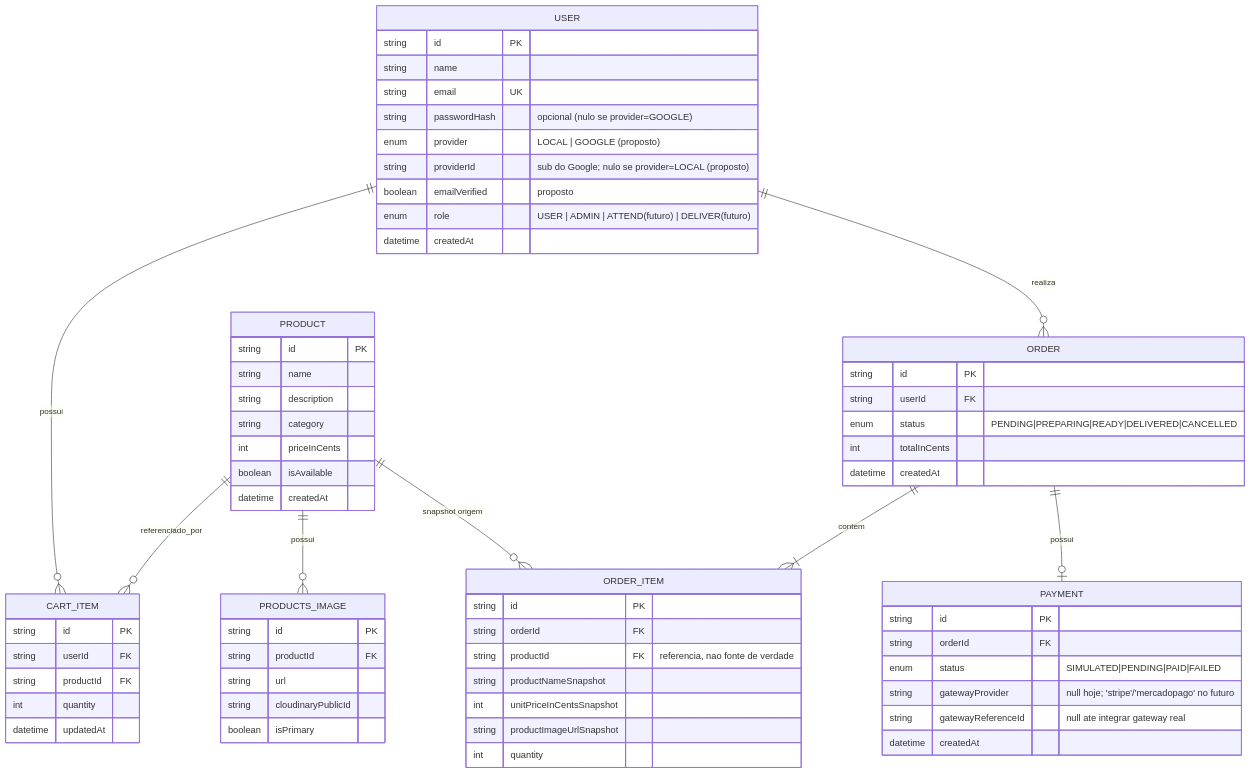
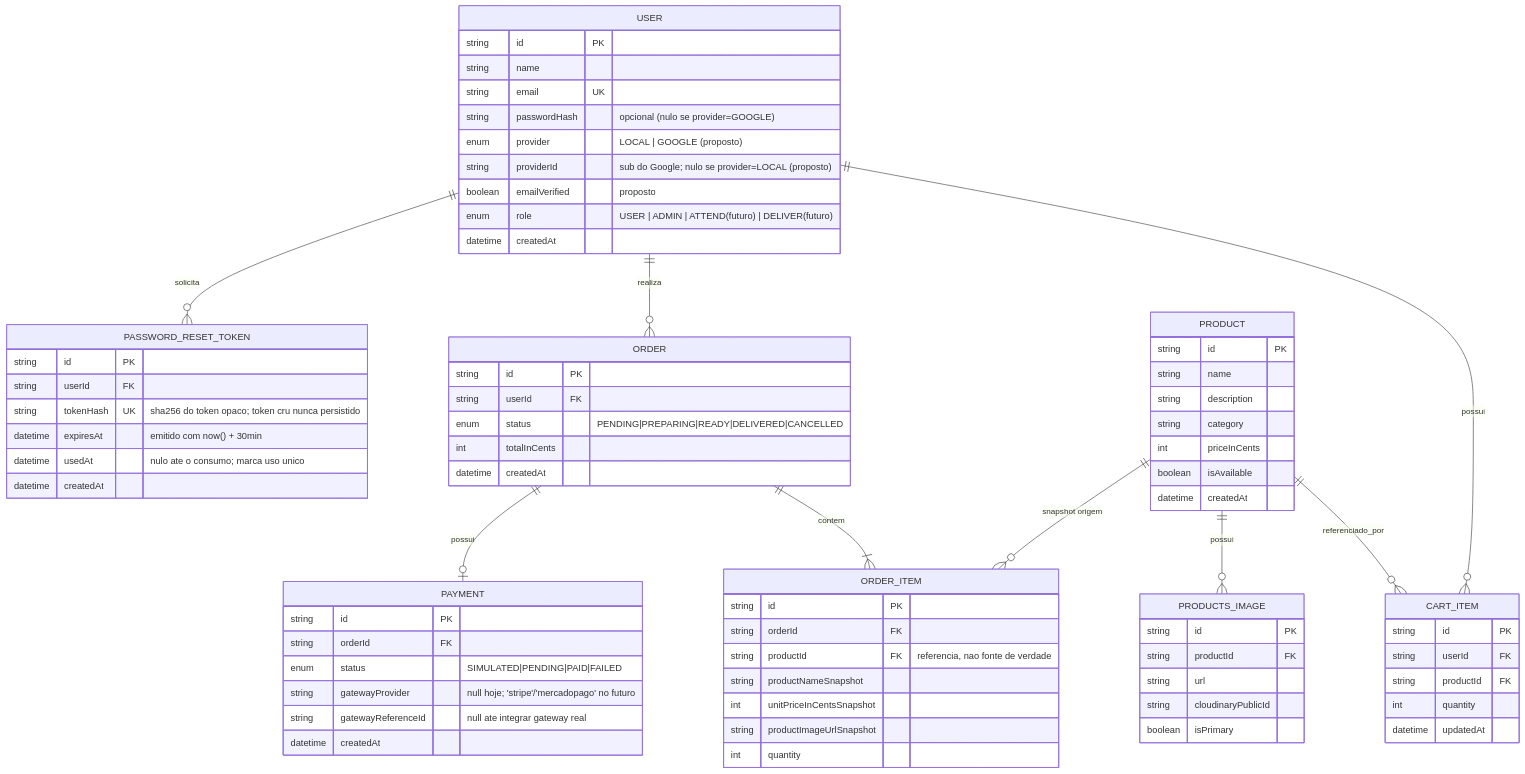
Before and after one commit to DevWesleyMedeiros/casa-do-hamburger: the first of 6 diagrams in docs/architecture/REGRAS_DE_NEGOCIO.md, drawn with Mermaid. The commit also changed other lines of this file and 7 other files, not shown here.

````diff
--- a/docs/architecture/REGRAS_DE_NEGOCIO.md
+++ b/docs/architecture/REGRAS_DE_NEGOCIO.md
@@ -554,6 +561,7 @@
 erDiagram
     USER ||--o{ CART_ITEM : possui
     USER ||--o{ ORDER : realiza
+    USER ||--o{ PASSWORD_RESET_TOKEN : solicita
     PRODUCT ||--o{ CART_ITEM : referenciado_por
     PRODUCT ||--o{ PRODUCTS_IMAGE : possui
     PRODUCT ||--o{ ORDER_ITEM : "snapshot origem"
@@ -624,4 +632,13 @@
         string gatewayReferenceId "null ate integrar gateway real"
         datetime createdAt
     }
+
+    PASSWORD_RESET_TOKEN {
+        string id PK
+        string userId FK
+        string tokenHash UK "sha256 do token opaco; token cru nunca persistido"
+        datetime expiresAt "emitido com now() + 30min"
+        datetime usedAt "nulo ate o consumo; marca uso unico"
+        datetime createdAt
+    }
 ```
````
